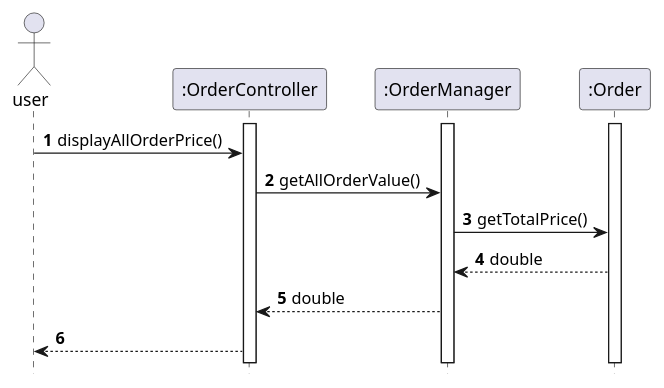
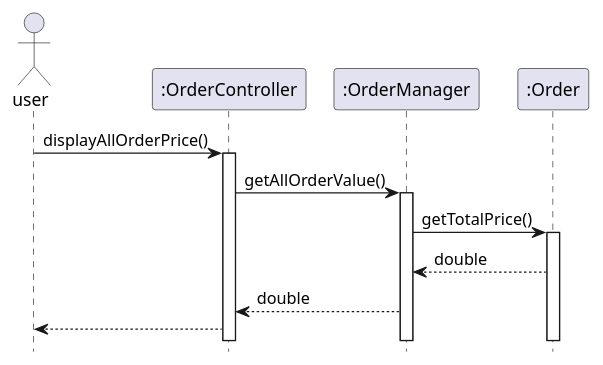
Before and after one commit to nus-cs2113-AY2122S2/tp: the diagram in docs/uml/sequence/OrderManager_diaplayAllOrderPrice.puml, drawn with PlantUML. The commit also changed 29 other files, not shown here.

```diff
--- a/docs/uml/sequence/OrderManager_diaplayAllOrderPrice.puml
+++ b/docs/uml/sequence/OrderManager_diaplayAllOrderPrice.puml
@@ -1,26 +1,24 @@
 @startuml
 'https://plantuml.com/sequence-diagram
 
-autonumber
 hide footbox
 
 actor user
 participant ":OrderController" as ordercontroller
 participant ":OrderManager" as ordermanager
 participant ":Order" as order
 
+user -> ordercontroller: displayAllOrderPrice()
 activate ordercontroller
-activate ordermanager
-activate order
-
-user -> ordercontroller: displayAllOrderPrice()
 
 ordercontroller -> ordermanager: getAllOrderValue()
+activate ordermanager
 
 ordermanager -> order : getTotalPrice()
+activate order
 
 order --> ordermanager : double
 ordermanager --> ordercontroller : double
 ordercontroller --> user
 
 @enduml
```
